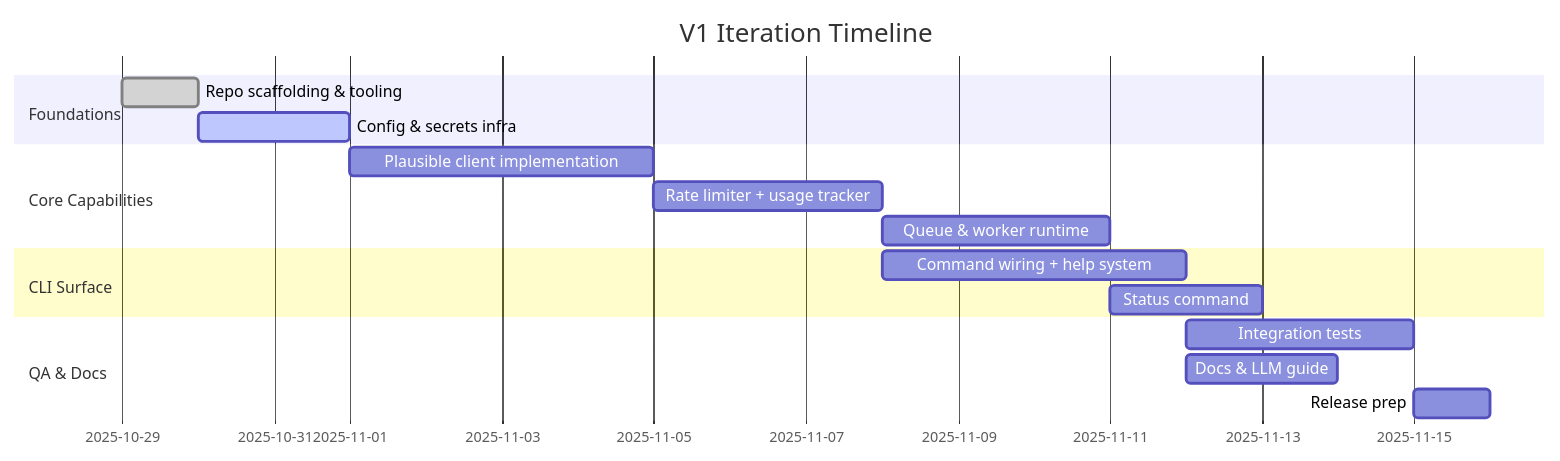
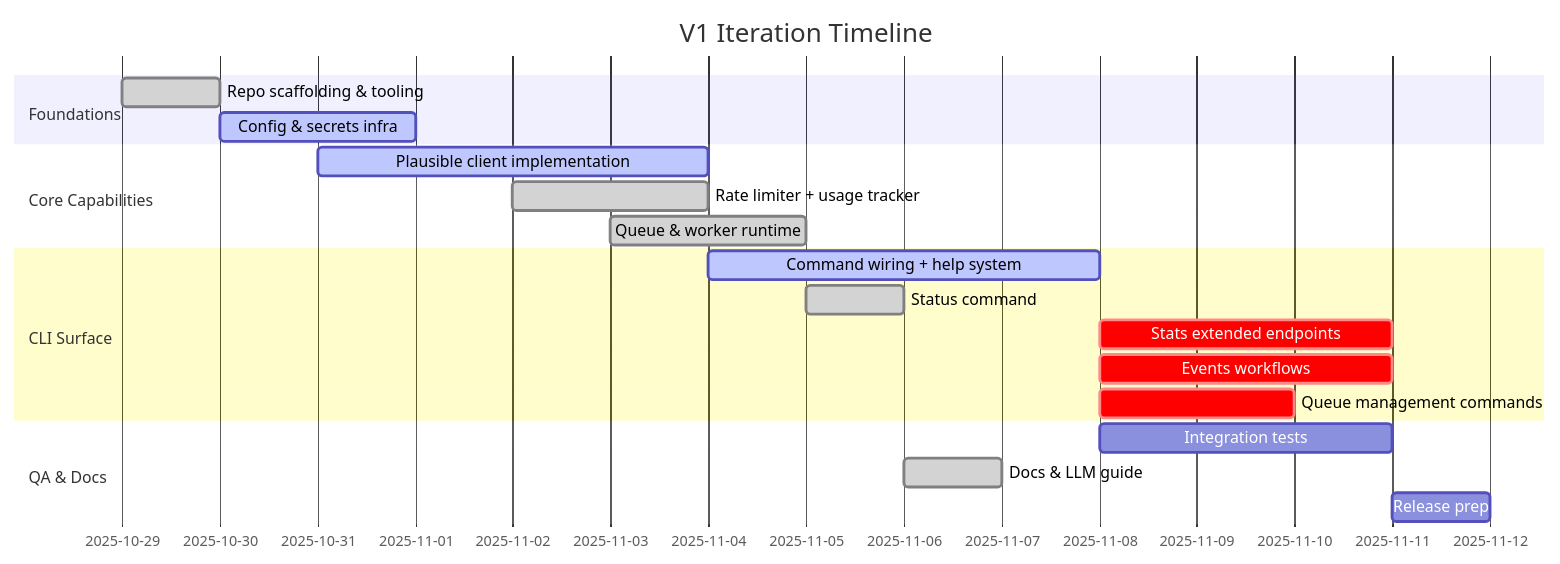
The diagram in docs/000-v1-plan.md (vicentereig/plausible-cli), drawn with Mermaid before and after one commit. The commit also changed other lines of this file and 1 other file, not shown here.

Commit message:
Document current status and map next TDD milestones

````diff
--- a/docs/000-v1-plan.md
+++ b/docs/000-v1-plan.md
@@ -20,19 +27,22 @@
 ```mermaid
 gantt
     title V1 Iteration Timeline
     dateFormat  YYYY-MM-DD
     section Foundations
     Repo scaffolding & tooling       :done,    f1, 2025-10-29, 1d
     Config & secrets infra           :active,  f2, 2025-10-30, 2d
     section Core Capabilities
-    Plausible client implementation  :f3,     after f2, 4d
-    Rate limiter + usage tracker     :f4,     after f3, 3d
-    Queue & worker runtime           :f5,     after f4, 3d
+    Plausible client implementation  :active, f3, 2025-10-31, 4d
+    Rate limiter + usage tracker     :done,   f4, 2025-11-02, 2d
+    Queue & worker runtime           :done,   f5, 2025-11-03, 2d
     section CLI Surface
-    Command wiring + help system     :f6,     after f4, 4d
-    Status command                   :f7,     after f5, 2d
+    Command wiring + help system     :active, f6, 2025-11-04, 4d
+    Status command                   :done,   f7, 2025-11-05, 1d
+    Stats extended endpoints         :crit,   f11, after f6, 3d
+    Events workflows                 :crit,   f12, after f6, 3d
+    Queue management commands        :crit,   f13, after f6, 2d
     section QA & Docs
     Integration tests                :f8,     after f6, 3d
-    Docs & LLM guide                 :f9,     after f6, 2d
+    Docs & LLM guide                 :done,   f9, 2025-11-06, 1d
     Release prep                     :f10,    after f8, 1d
 ```
````
